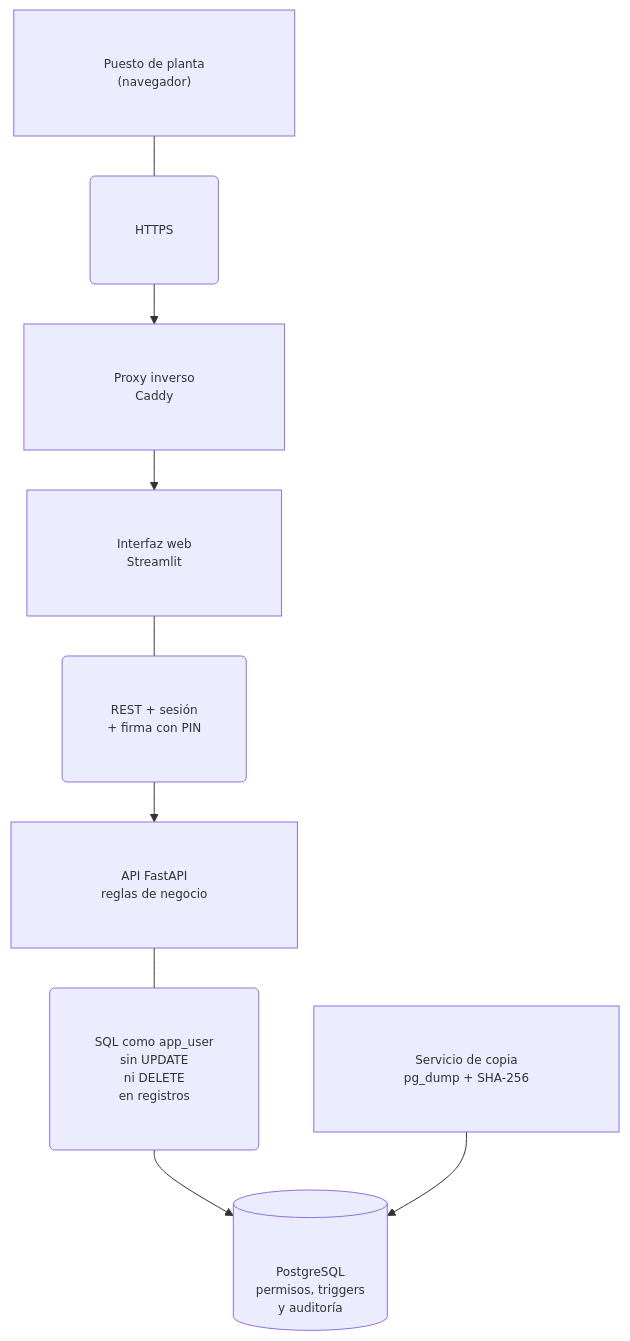
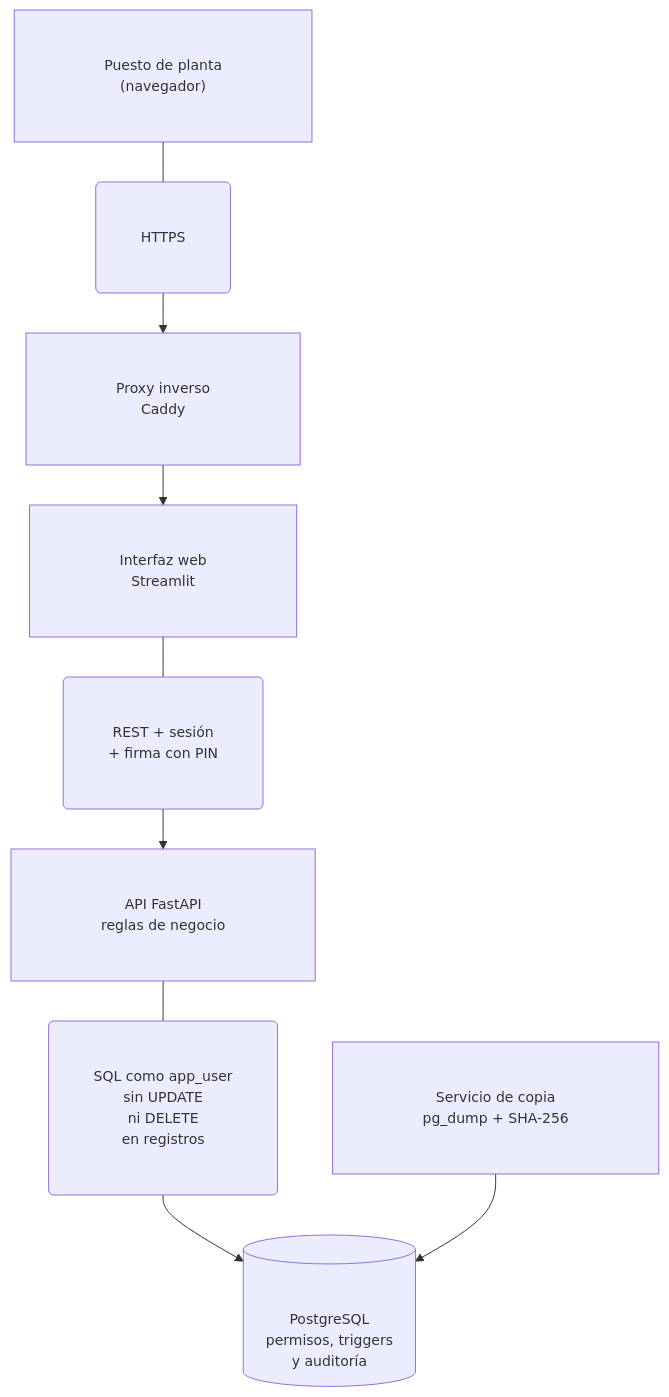
Before and after one commit to Aless-Mereu/Escaparate-Libro-Diligenciado-Digital: the diagram in README.md, drawn with Mermaid.

Commit message:
cambios estéticos menores

````diff
--- a/README.md
+++ b/README.md
@@ -63,11 +63,11 @@
 ```mermaid
-%%{init: {"themeVariables": {"fontSize": "12px", "fontFamily": "Arial, Helvetica, sans-serif"}, "flowchart": {"htmlLabels": false, "padding": 45, "nodeSpacing": 55, "rankSpacing": 40}}}%%
+%%{init: {"themeVariables": {"fontSize": "14px", "fontFamily": "Arial, Helvetica, sans-serif"}, "flowchart": {"htmlLabels": false, "padding": 45, "nodeSpacing": 55, "rankSpacing": 40}}}%%
 flowchart TD
     %% Los textos de las flechas van en cajas propias (forma redondeada):
     %% las cajas tienen fondo opaco y la flecha no las atraviesa.
     A["Puesto de planta<br/>(navegador)"] --- C1("HTTPS") --> P["Proxy inverso<br/>Caddy"]
     P --> F["Interfaz web<br/>Streamlit"]
     F --- C2("REST + sesión<br/>+ firma con PIN") --> B["API FastAPI<br/>reglas de negocio"]
     B --- C3("SQL como app_user<br/>sin UPDATE<br/>ni DELETE<br/>en registros") --> D[("PostgreSQL<br/>permisos, triggers<br/>y auditoría")]
     K["Servicio de copia<br/>pg_dump + SHA-256"] --> D
 ```
````
